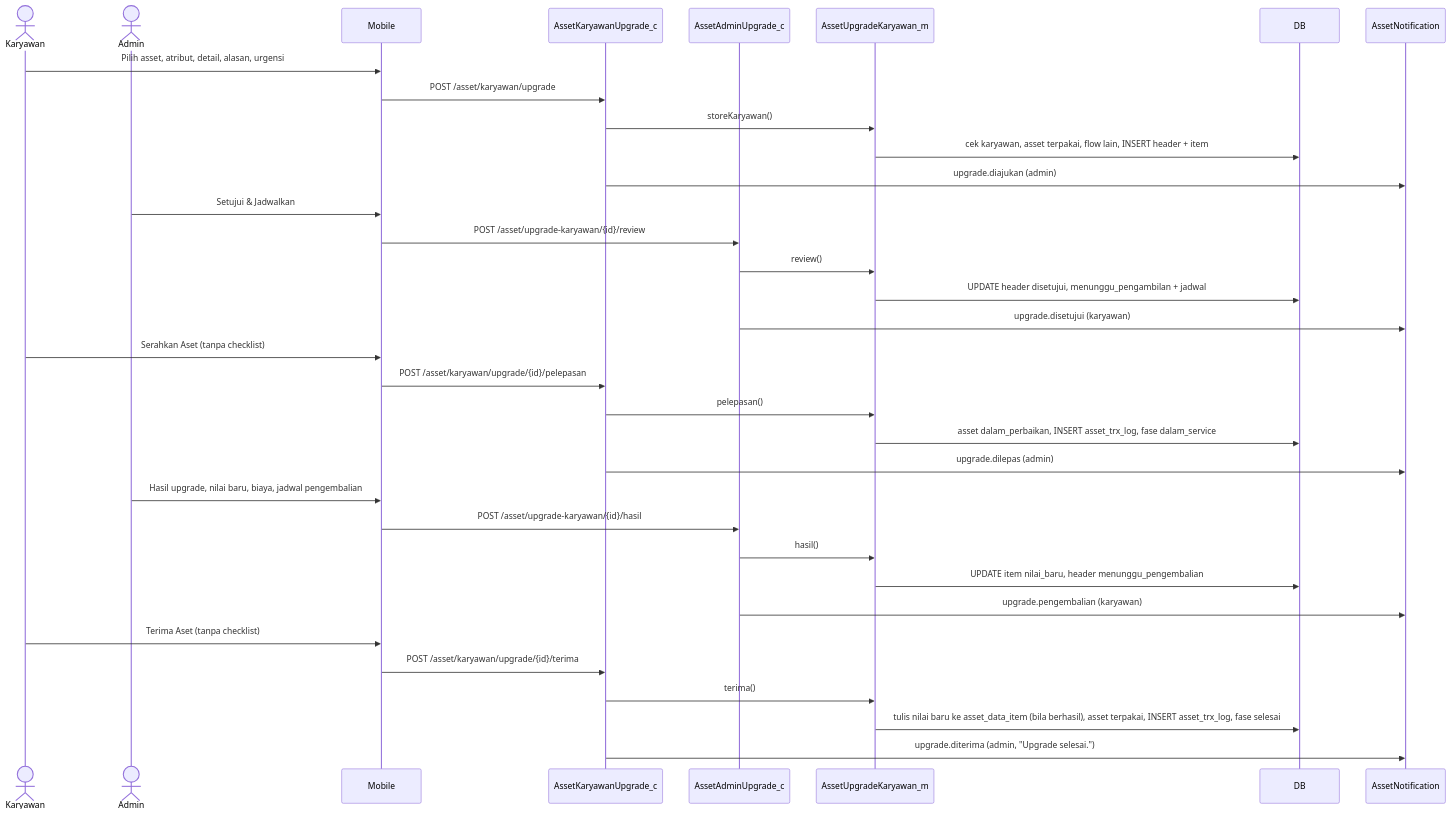
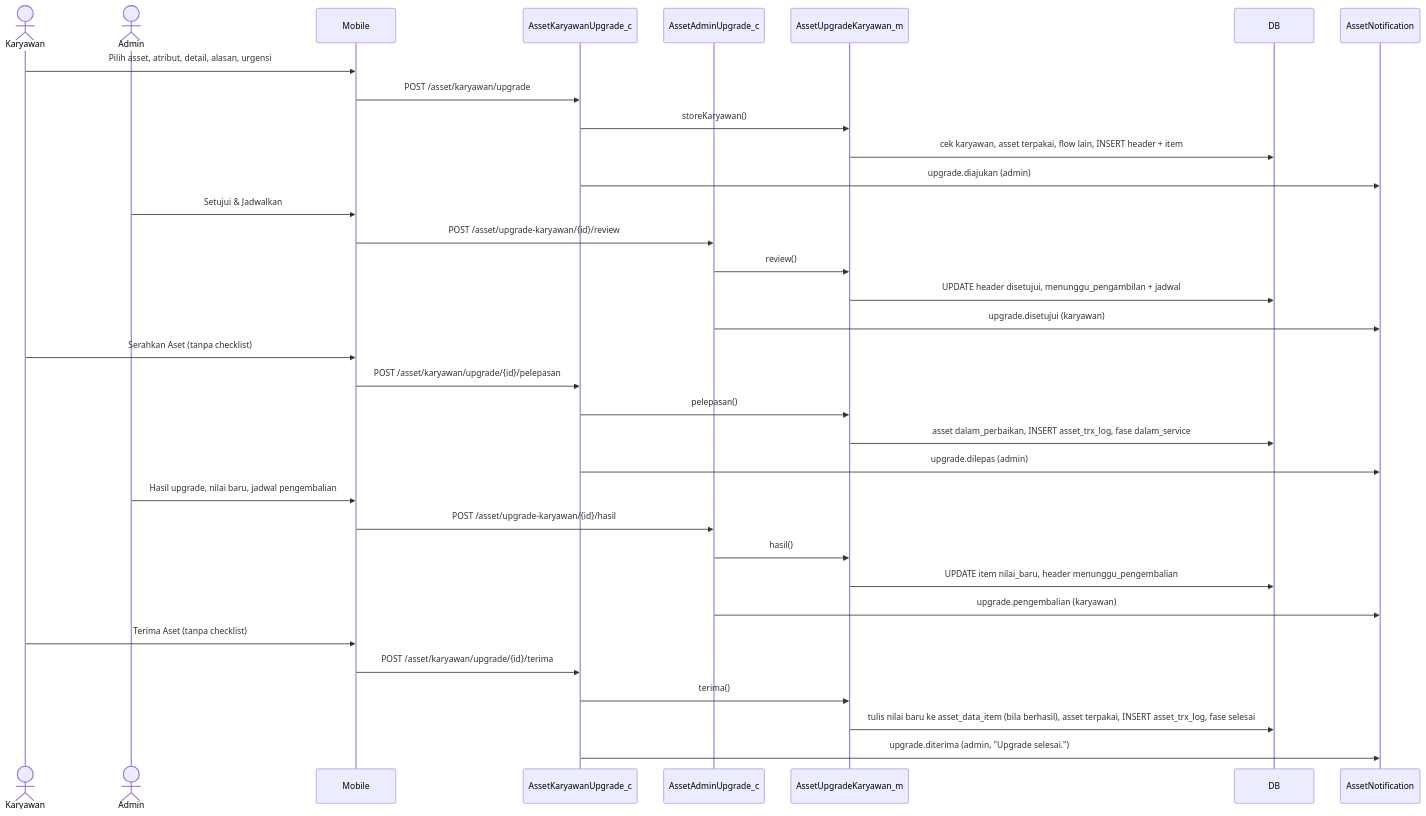
The second of 4 diagrams in dokumentasi-asset-upgrade-karyawan.md (setiyawan12/DOKUMENTASI-ASSET), drawn with Mermaid before and after one commit. The commit also changed other lines of this file and 13 other files, not shown here.

````diff
--- a/dokumentasi-asset-upgrade-karyawan.md
+++ b/dokumentasi-asset-upgrade-karyawan.md
@@ -268,37 +268,37 @@
 ```mermaid
 sequenceDiagram
     actor K as Karyawan
     actor A as Admin
     participant M as Mobile
     participant CK as AssetKaryawanUpgrade_c
     participant CA as AssetAdminUpgrade_c
     participant U as AssetUpgradeKaryawan_m
     participant DB
     participant N as AssetNotification
 
     K->>M: Pilih asset, atribut, detail, alasan, urgensi
     M->>CK: POST /asset/karyawan/upgrade
     CK->>U: storeKaryawan()
     U->>DB: cek karyawan, asset terpakai, flow lain, INSERT header + item
     CK->>N: upgrade.diajukan (admin)
     A->>M: Setujui & Jadwalkan
     M->>CA: POST /asset/upgrade-karyawan/{id}/review
     CA->>U: review()
     U->>DB: UPDATE header disetujui, menunggu_pengambilan + jadwal
     CA->>N: upgrade.disetujui (karyawan)
     K->>M: Serahkan Aset (tanpa checklist)
     M->>CK: POST /asset/karyawan/upgrade/{id}/pelepasan
     CK->>U: pelepasan()
     U->>DB: asset dalam_perbaikan, INSERT asset_trx_log, fase dalam_service
     CK->>N: upgrade.dilepas (admin)
-    A->>M: Hasil upgrade, nilai baru, biaya, jadwal pengembalian
+    A->>M: Hasil upgrade, nilai baru, jadwal pengembalian
     M->>CA: POST /asset/upgrade-karyawan/{id}/hasil
     CA->>U: hasil()
     U->>DB: UPDATE item nilai_baru, header menunggu_pengembalian
     CA->>N: upgrade.pengembalian (karyawan)
     K->>M: Terima Aset (tanpa checklist)
     M->>CK: POST /asset/karyawan/upgrade/{id}/terima
     CK->>U: terima()
     U->>DB: tulis nilai baru ke asset_data_item (bila berhasil), asset terpakai, INSERT asset_trx_log, fase selesai
     CK->>N: upgrade.diterima (admin, "Upgrade selesai.")
 ```
````
